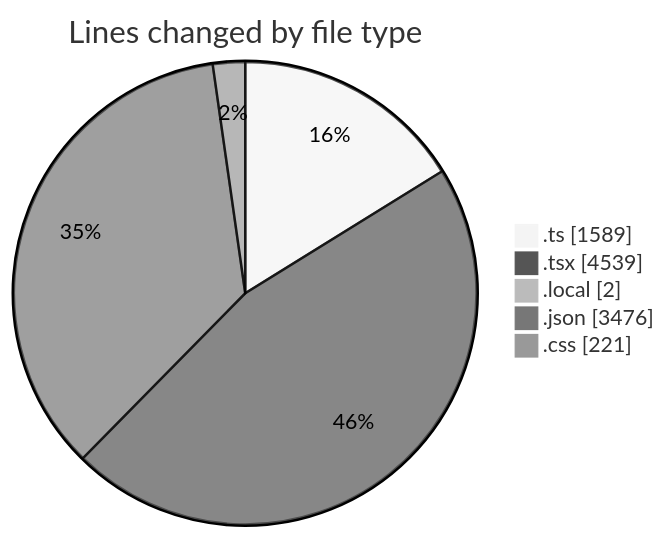
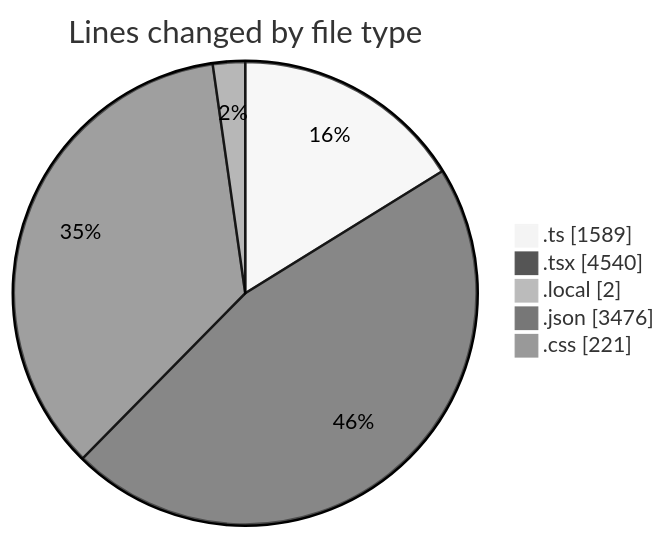
One commit to julien-gomy/code-tracking changed the first of 2 diagrams in 2025-10-28/eventscop-frontend-guide__workspace_/README.md. Above: the diagram before and after it, drawn with Mermaid (neutral theme). The commit also changed other lines of this file and 1 other file, not shown here.

````diff
--- a/2025-10-28/eventscop-frontend-guide__workspace_/README.md
+++ b/2025-10-28/eventscop-frontend-guide__workspace_/README.md
@@ -54,9 +54,9 @@
 ```mermaid
 pie showData
 title Lines changed by file type
 ".ts" : 1589
-".tsx" : 4539
+".tsx" : 4540
 ".local" : 2
 ".json" : 3476
 ".css" : 221
 ```
````
